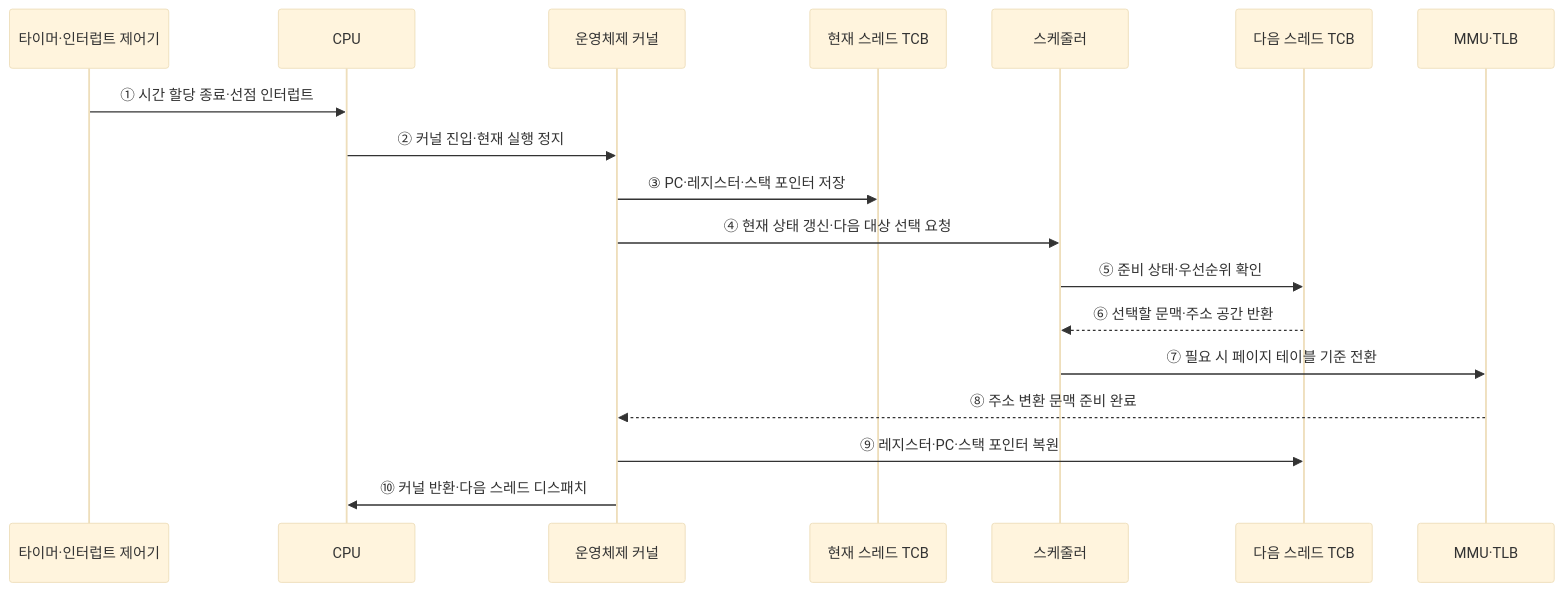
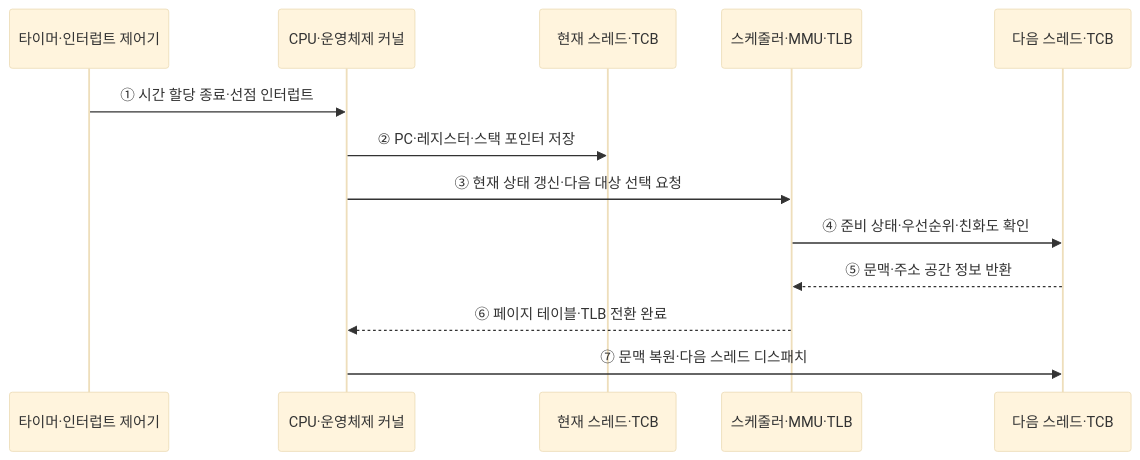
One commit to agnusdei1207/knowledge-base changed the second of 2 diagrams in src/content/docs/notes/03-software/002_pcb_context_switching.md. Above: the diagram before and after it, drawn with Mermaid (base theme). The commit also changed other lines of this file and 20 other files, not shown here.

````diff
--- a/src/content/docs/notes/03-software/002_pcb_context_switching.md
+++ b/src/content/docs/notes/03-software/002_pcb_context_switching.md
@@ -90,21 +82,16 @@
 ```mermaid
 sequenceDiagram
     participant T as 타이머·인터럽트 제어기
-    participant C as CPU
-    participant K as 운영체제 커널
-    participant A as 현재 스레드 TCB
-    participant S as 스케줄러
-    participant B as 다음 스레드 TCB
-    participant M as MMU·TLB
+    participant K as CPU·운영체제 커널
+    participant A as 현재 스레드·TCB
+    participant S as 스케줄러·MMU·TLB
+    participant B as 다음 스레드·TCB
 
-    T->>C: ① 시간 할당 종료·선점 인터럽트
-    C->>K: ② 커널 진입·현재 실행 정지
-    K->>A: ③ PC·레지스터·스택 포인터 저장
-    K->>S: ④ 현재 상태 갱신·다음 대상 선택 요청
-    S->>B: ⑤ 준비 상태·우선순위 확인
-    B-->>S: ⑥ 선택할 문맥·주소 공간 반환
-    S->>M: ⑦ 필요 시 페이지 테이블 기준 전환
-    M-->>K: ⑧ 주소 변환 문맥 준비 완료
-    K->>B: ⑨ 레지스터·PC·스택 포인터 복원
-    K->>C: ⑩ 커널 반환·다음 스레드 디스패치
+    T->>K: ① 시간 할당 종료·선점 인터럽트
+    K->>A: ② PC·레지스터·스택 포인터 저장
+    K->>S: ③ 현재 상태 갱신·다음 대상 선택 요청
+    S->>B: ④ 준비 상태·우선순위·친화도 확인
+    B-->>S: ⑤ 문맥·주소 공간 정보 반환
+    S-->>K: ⑥ 페이지 테이블·TLB 전환 완료
+    K->>B: ⑦ 문맥 복원·다음 스레드 디스패치
 ```
````
